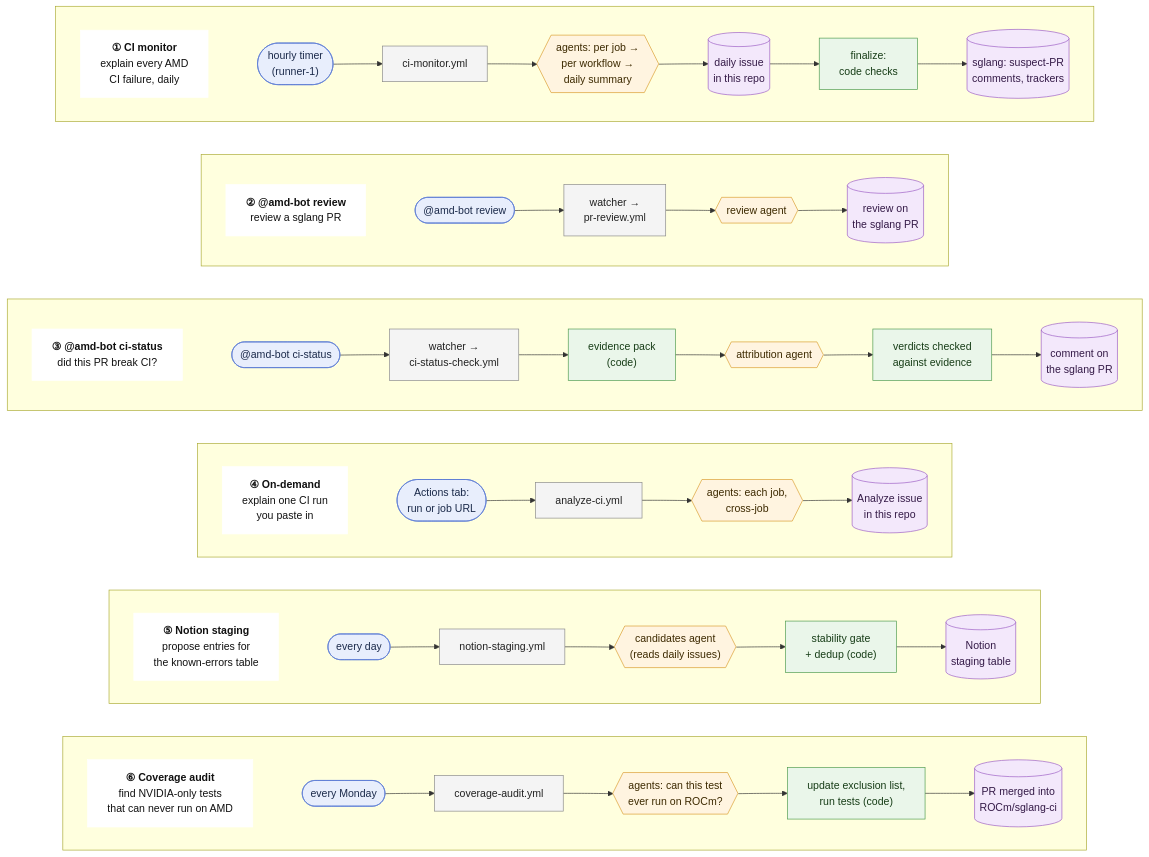
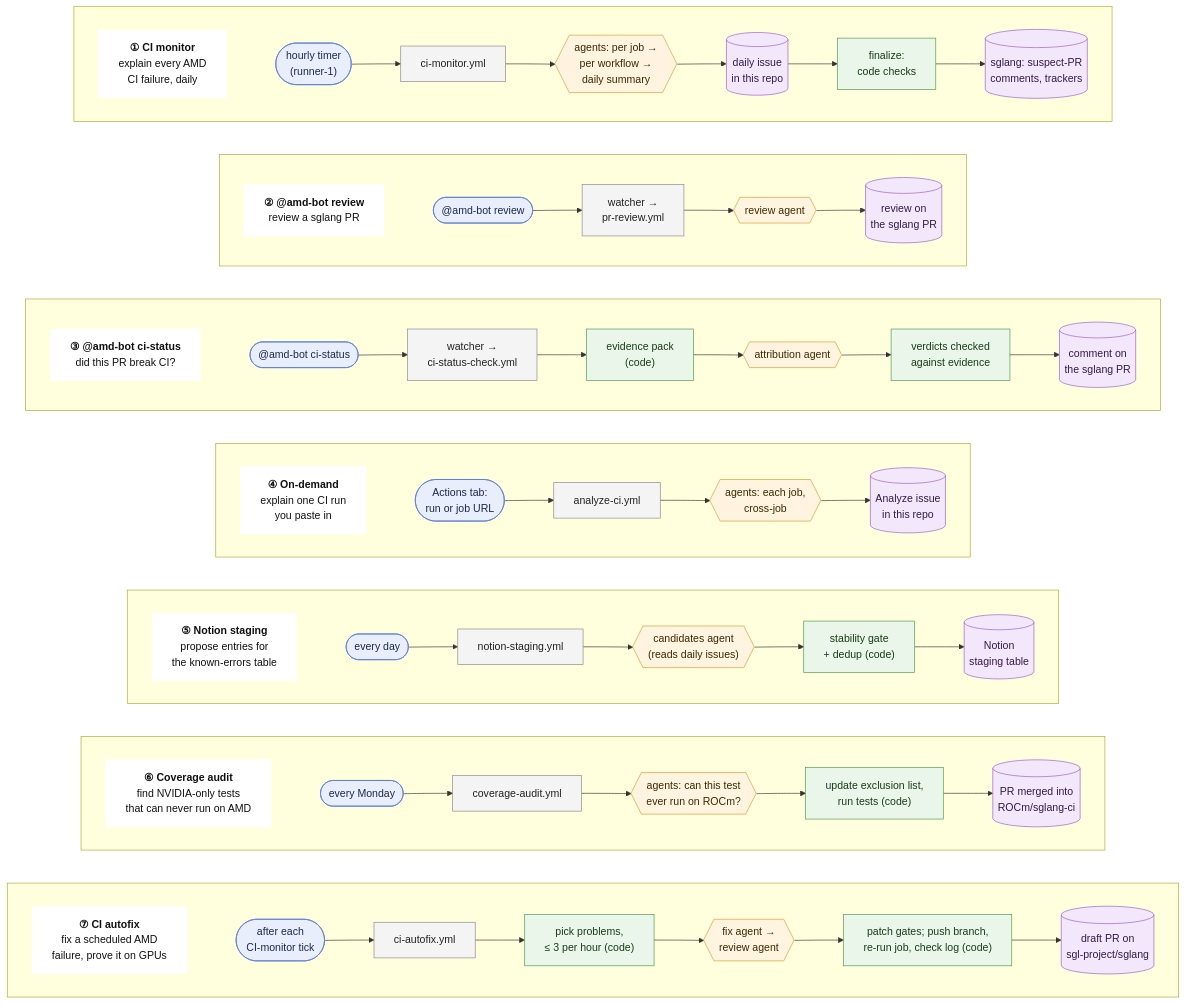
Before and after one commit to bingxche/sglang-ci-bot: the diagram in docs/architecture.mmd, drawn with Mermaid. The commit also changed 11 other files, not shown here.

First line of the commit message:
CI autofix: fix AMD scheduled-CI failures on main and open draft PRs

```diff
--- a/docs/architecture.mmd
+++ b/docs/architecture.mmd
@@ -1,39 +1,44 @@
 flowchart TB
     classDef purpose fill:#ffffff,stroke:#ffffff,color:#111
     classDef trigger fill:#e8eefc,stroke:#5b7bd5,color:#1b2a4a
     classDef workflow fill:#f4f4f4,stroke:#888,color:#222
     classDef agent fill:#fff4e0,stroke:#d99a2b,color:#3d2a00
     classDef code fill:#eaf6ea,stroke:#4c9a4c,color:#173d17
     classDef output fill:#f3e8fb,stroke:#9a5bc4,color:#341a47
 
     subgraph L1[" "]
         direction LR
         P1["<b>① CI monitor</b><br/>explain every AMD<br/>CI failure, daily"]:::purpose ~~~ A1(["hourly timer<br/>(runner-1)"]):::trigger --> A2["ci-monitor.yml"]:::workflow --> A3{{"agents: per job →<br/>per workflow →<br/>daily summary"}}:::agent --> A4[("daily issue<br/>in this repo")]:::output --> A5["finalize:<br/>code checks"]:::code --> A6[("sglang: suspect-PR<br/>comments, trackers")]:::output
     end
 
     subgraph L2[" "]
         direction LR
         P2["<b>② @amd-bot review</b><br/>review a sglang PR"]:::purpose ~~~ B1(["@amd-bot review"]):::trigger --> B2["watcher →<br/>pr-review.yml"]:::workflow --> B3{{"review agent"}}:::agent --> B5[("review on<br/>the sglang PR")]:::output
     end
 
     subgraph L3[" "]
         direction LR
         P3["<b>③ @amd-bot ci-status</b><br/>did this PR break CI?"]:::purpose ~~~ C1(["@amd-bot ci-status"]):::trigger --> C2["watcher →<br/>ci-status-check.yml"]:::workflow --> C3["evidence pack<br/>(code)"]:::code --> C4{{"attribution agent"}}:::agent --> C5["verdicts checked<br/>against evidence"]:::code --> C6[("comment on<br/>the sglang PR")]:::output
     end
 
     subgraph L4[" "]
         direction LR
         P4["<b>④ On-demand</b><br/>explain one CI run<br/>you paste in"]:::purpose ~~~ D1(["Actions tab:<br/>run or job URL"]):::trigger --> D2["analyze-ci.yml"]:::workflow --> D3{{"agents: each job,<br/>cross-job"}}:::agent --> D4[("Analyze issue<br/>in this repo")]:::output
     end
 
     subgraph L5[" "]
         direction LR
         P5["<b>⑤ Notion staging</b><br/>propose entries for<br/>the known-errors table"]:::purpose ~~~ E1(["every day"]):::trigger --> E2["notion-staging.yml"]:::workflow --> E3{{"candidates agent<br/>(reads daily issues)"}}:::agent --> E4["stability gate<br/>+ dedup (code)"]:::code --> E5[("Notion<br/>staging table")]:::output
     end
 
     subgraph L6[" "]
         direction LR
         P6["<b>⑥ Coverage audit</b><br/>find NVIDIA-only tests<br/>that can never run on AMD"]:::purpose ~~~ F1(["every Monday"]):::trigger --> F2["coverage-audit.yml"]:::workflow --> F3{{"agents: can this test<br/>ever run on ROCm?"}}:::agent --> F4["update exclusion list,<br/>run tests (code)"]:::code --> F5[("PR merged into<br/>ROCm/sglang-ci")]:::output
     end
 
-    L1 ~~~ L2 ~~~ L3 ~~~ L4 ~~~ L5 ~~~ L6
+    subgraph L7[" "]
+        direction LR
+        P7["<b>⑦ CI autofix</b><br/>fix a scheduled AMD<br/>failure, prove it on GPUs"]:::purpose ~~~ G1(["after each<br/>CI-monitor tick"]):::trigger --> G2["ci-autofix.yml"]:::workflow --> G3["pick problems,<br/>≤ 3 per hour (code)"]:::code --> G4{{"fix agent →<br/>review agent"}}:::agent --> G5["patch gates; push branch,<br/>re-run job, check log (code)"]:::code --> G6[("draft PR on<br/>sgl-project/sglang")]:::output
+    end
+
+    L1 ~~~ L2 ~~~ L3 ~~~ L4 ~~~ L5 ~~~ L6 ~~~ L7
```
